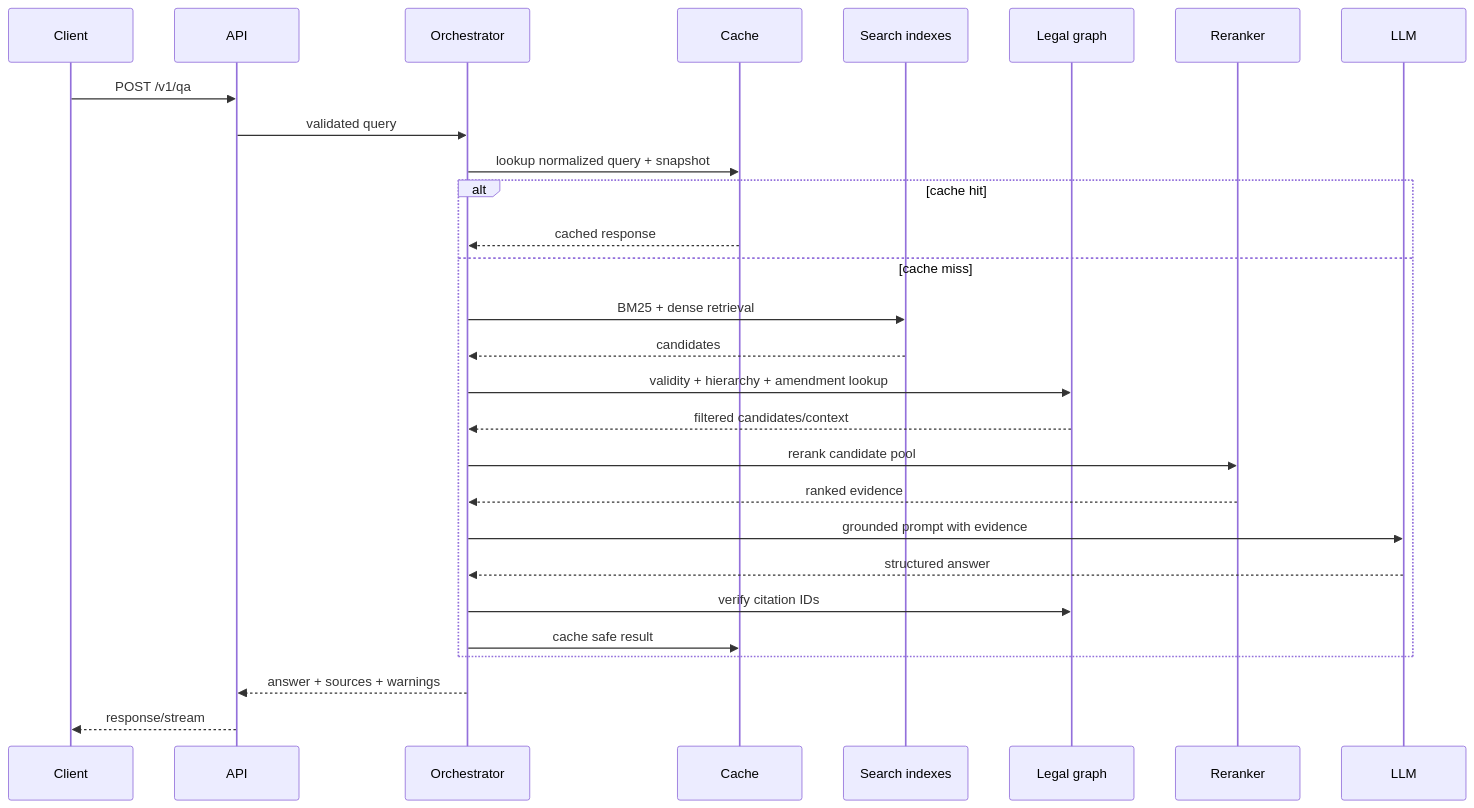
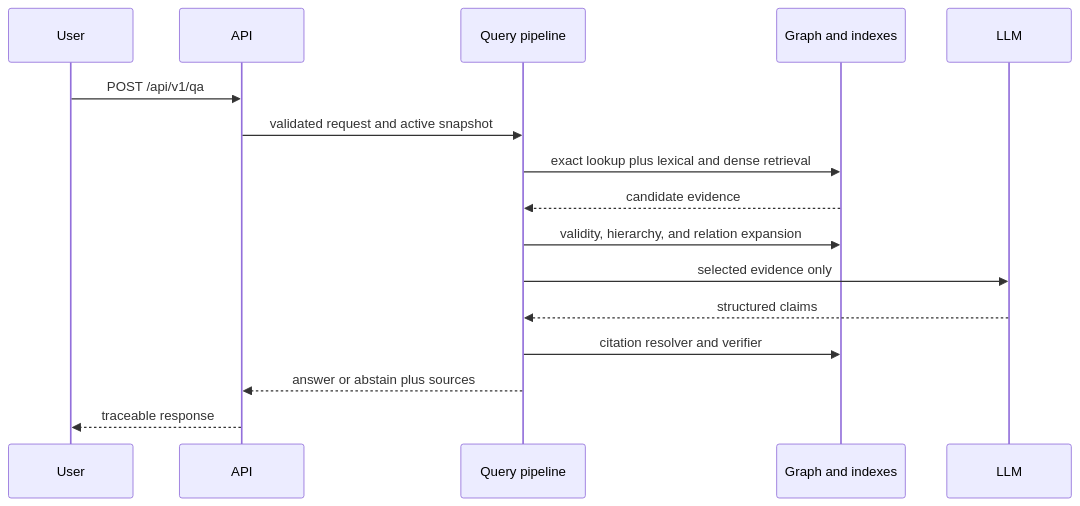
One commit to hungle123-dev/vietnamese-traffic-law-rag changed the third of 3 diagrams in docs/02-system-architecture.md. Above: the diagram before and after it, drawn with Mermaid. The commit also changed other lines of this file and 44 other files, not shown here.

Commit message:
docs: finalize traffic law GraphRAG blueprint

````diff
--- a/docs/02-system-architecture.md
+++ b/docs/02-system-architecture.md
@@ -72,31 +53,19 @@
 ```mermaid
 sequenceDiagram
-    participant C as Client
+    participant U as User
     participant A as API
-    participant O as Orchestrator
-    participant K as Cache
-    participant S as Search indexes
-    participant G as Legal graph
-    participant R as Reranker
+    participant Q as Query pipeline
+    participant G as Graph and indexes
     participant L as LLM
 
-    C->>A: POST /v1/qa
-    A->>O: validated query
-    O->>K: lookup normalized query + snapshot
-    alt cache hit
-        K-->>O: cached response
-    else cache miss
-        O->>S: BM25 + dense retrieval
-        S-->>O: candidates
-        O->>G: validity + hierarchy + amendment lookup
-        G-->>O: filtered candidates/context
-        O->>R: rerank candidate pool
-        R-->>O: ranked evidence
-        O->>L: grounded prompt with evidence
-        L-->>O: structured answer
-        O->>G: verify citation IDs
-        O->>K: cache safe result
-    end
-    O-->>A: answer + sources + warnings
-    A-->>C: response/stream
+    U->>A: POST /api/v1/qa
+    A->>Q: validated request and active snapshot
+    Q->>G: exact lookup plus lexical and dense retrieval
+    G-->>Q: candidate evidence
+    Q->>G: validity, hierarchy, and relation expansion
+    Q->>L: selected evidence only
+    L-->>Q: structured claims
+    Q->>G: citation resolver and verifier
+    Q-->>A: answer or abstain plus sources
+    A-->>U: traceable response
 ```
````
